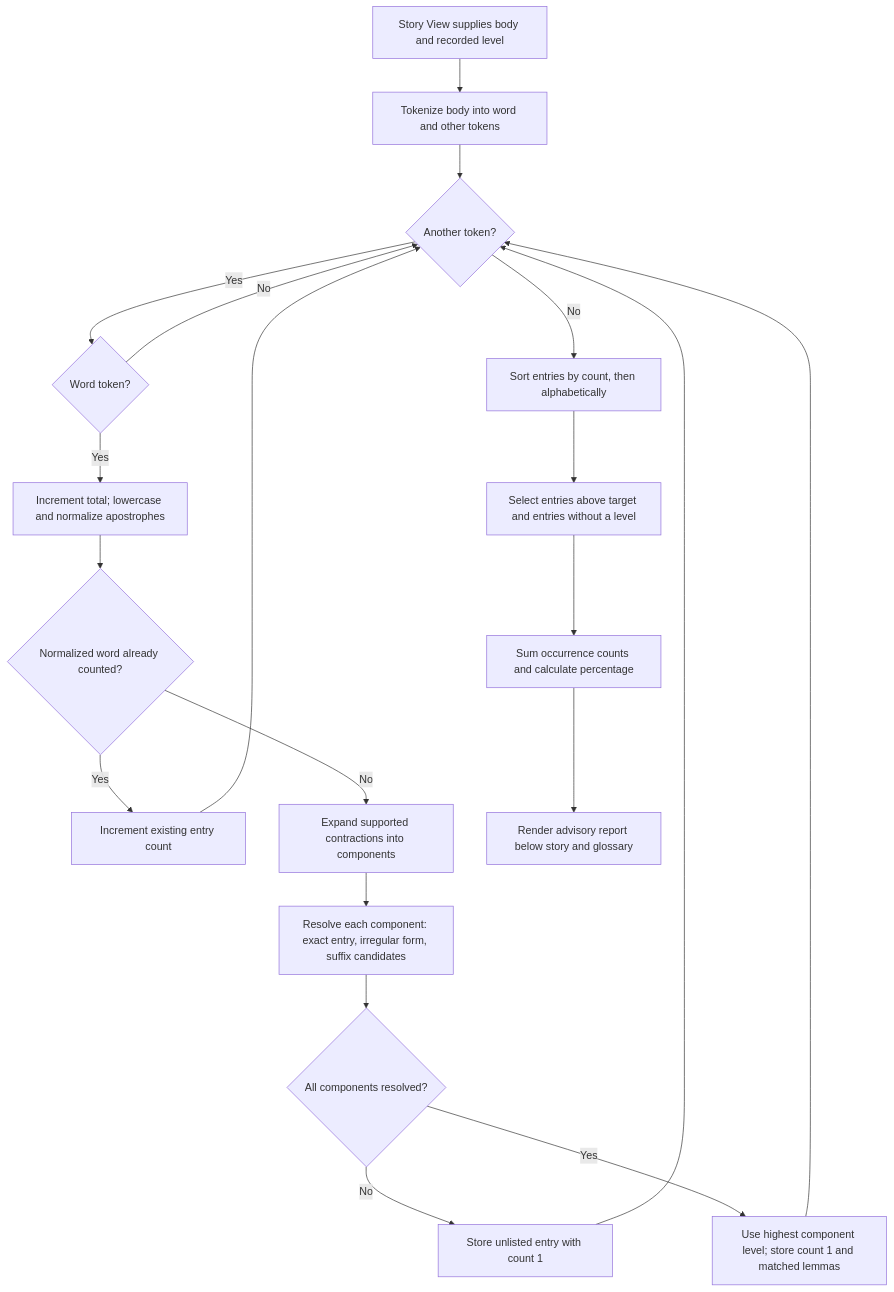
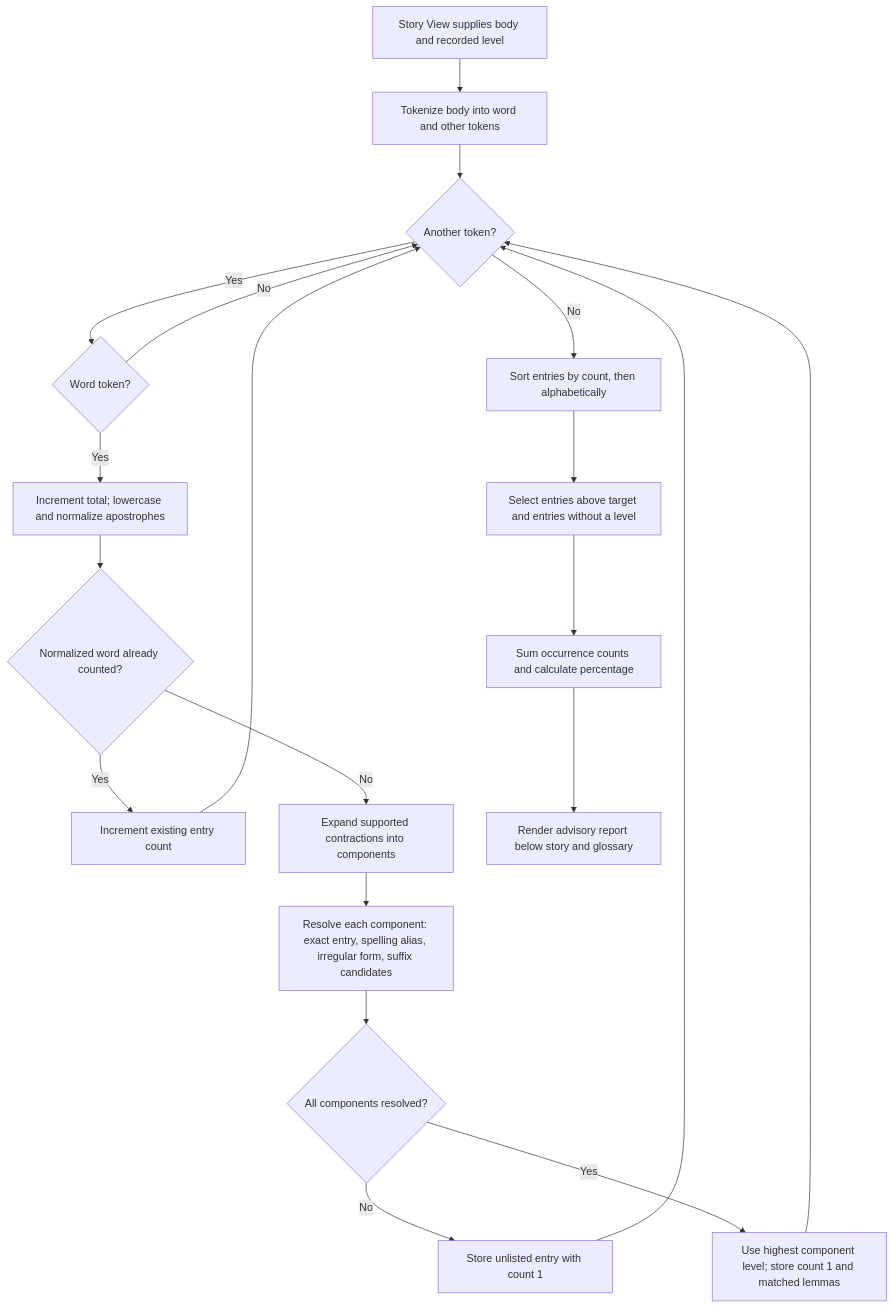
The first of 2 diagrams in doc/cefr-vocabulary-validation.md (pomodorozhong/extensive-reading-assistant), drawn with Mermaid before and after one commit. The commit also changed other lines of this file and 4 other files, not shown here.

Commit message:
fix: resolve CEFR fixture inflections and spelling variants

````diff
--- a/doc/cefr-vocabulary-validation.md
+++ b/doc/cefr-vocabulary-validation.md
@@ -19,22 +19,22 @@
 ```mermaid
 flowchart TD
     Story["Story View supplies body and recorded level"] --> Tokens["Tokenize body into word and other tokens"]
     Tokens --> Next{"Another token?"}
     Next -->|No| Sort["Sort entries by count, then alphabetically"]
     Next -->|Yes| Word{"Word token?"}
     Word -->|No| Next
     Word -->|Yes| Normalize["Increment total; lowercase and normalize apostrophes"]
     Normalize --> Seen{"Normalized word already counted?"}
     Seen -->|Yes| Increment["Increment existing entry count"]
     Increment --> Next
     Seen -->|No| Expand["Expand supported contractions into components"]
-    Expand --> Lookup["Resolve each component: exact entry, irregular form, suffix candidates"]
+    Expand --> Lookup["Resolve each component: exact entry, spelling alias, irregular form, suffix candidates"]
     Lookup --> Complete{"All components resolved?"}
     Complete -->|No| Unlisted["Store unlisted entry with count 1"]
     Complete -->|Yes| Level["Use highest component level; store count 1 and matched lemmas"]
     Unlisted --> Next
     Level --> Next
     Sort --> Classify["Select entries above target and entries without a level"]
     Classify --> Counts["Sum occurrence counts and calculate percentage"]
     Counts --> Render["Render advisory report below story and glossary"]
 ```
````
